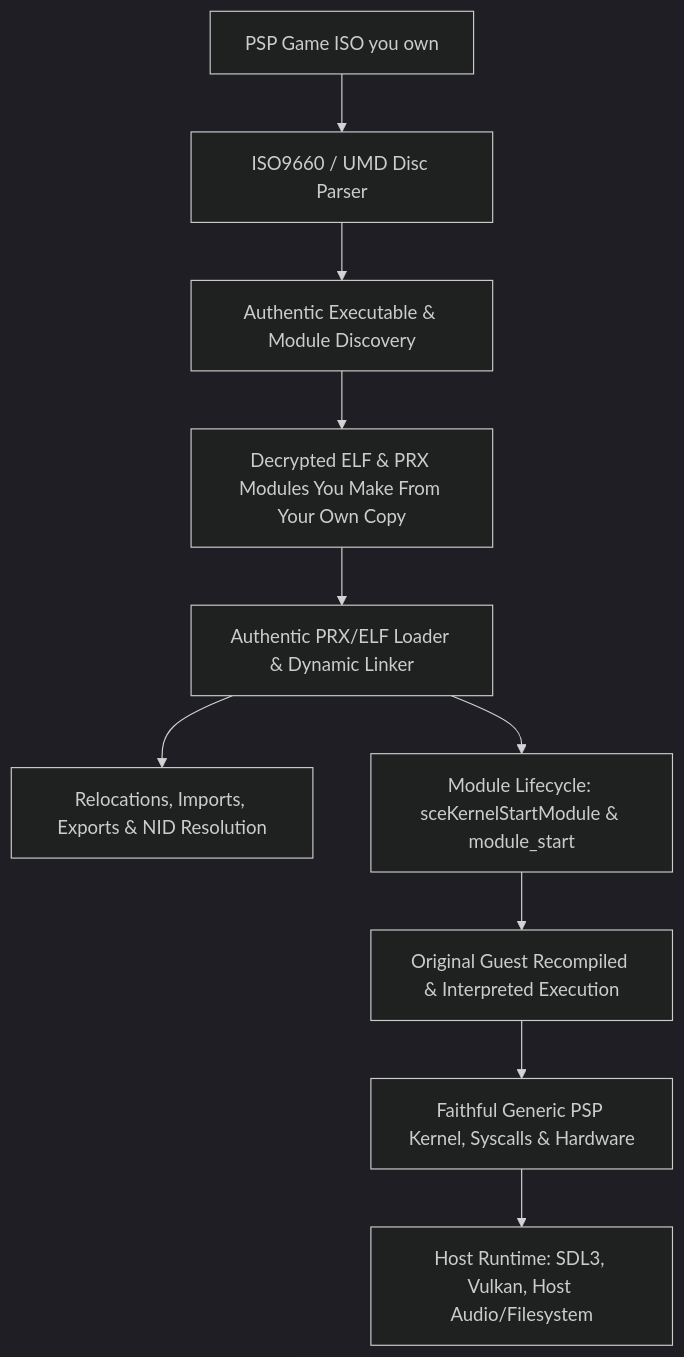
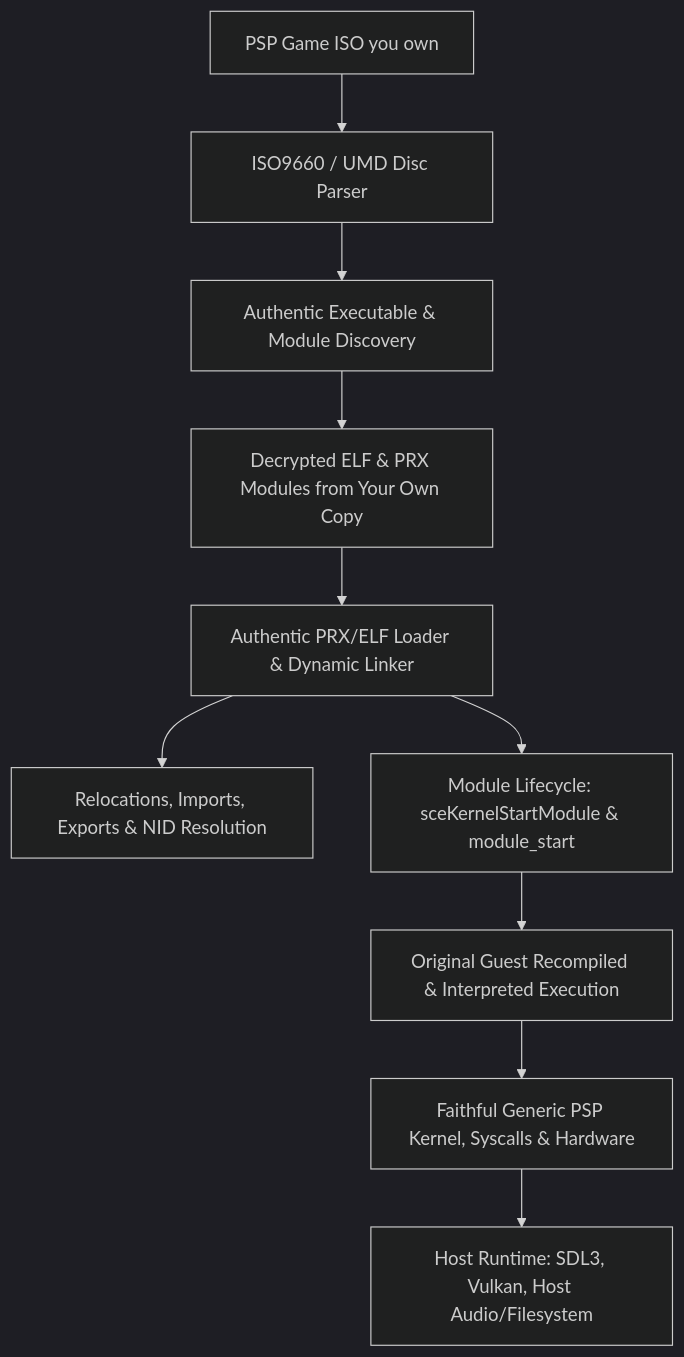
The diagram in docs/LLE_FIDELITY_ARCHITECTURE.md (Jstar269/nakagawa-recomp), drawn with Mermaid (dark theme) before and after one commit. The commit also changed other lines of this file and 14 other files, not shown here.

````diff
--- a/docs/LLE_FIDELITY_ARCHITECTURE.md
+++ b/docs/LLE_FIDELITY_ARCHITECTURE.md
@@ -33,12 +33,12 @@
 ```mermaid
 flowchart TD
     ISO[PSP Game ISO you own] --> UMD[ISO9660 / UMD Disc Parser]
     UMD --> DISC_DISC[Authentic Executable & Module Discovery]
-    DISC_DISC --> DECRYPT[Decrypted ELF & PRX Modules You Make From Your Own Copy]
+    DISC_DISC --> DECRYPT[Decrypted ELF & PRX Modules from Your Own Copy]
     DECRYPT --> LOADER[Authentic PRX/ELF Loader & Dynamic Linker]
     LOADER --> RELOC[Relocations, Imports, Exports & NID Resolution]
     LOADER --> LIFECYCLE[Module Lifecycle: sceKernelStartModule & module_start]
     LIFECYCLE --> GUEST_EXEC[Original Guest Recompiled & Interpreted Execution]
     GUEST_EXEC --> FAITHFUL_OS[Faithful Generic PSP Kernel, Syscalls & Hardware]
     FAITHFUL_OS --> HOST[Host Runtime: SDL3, Vulkan, Host Audio/Filesystem]
 ```
````
